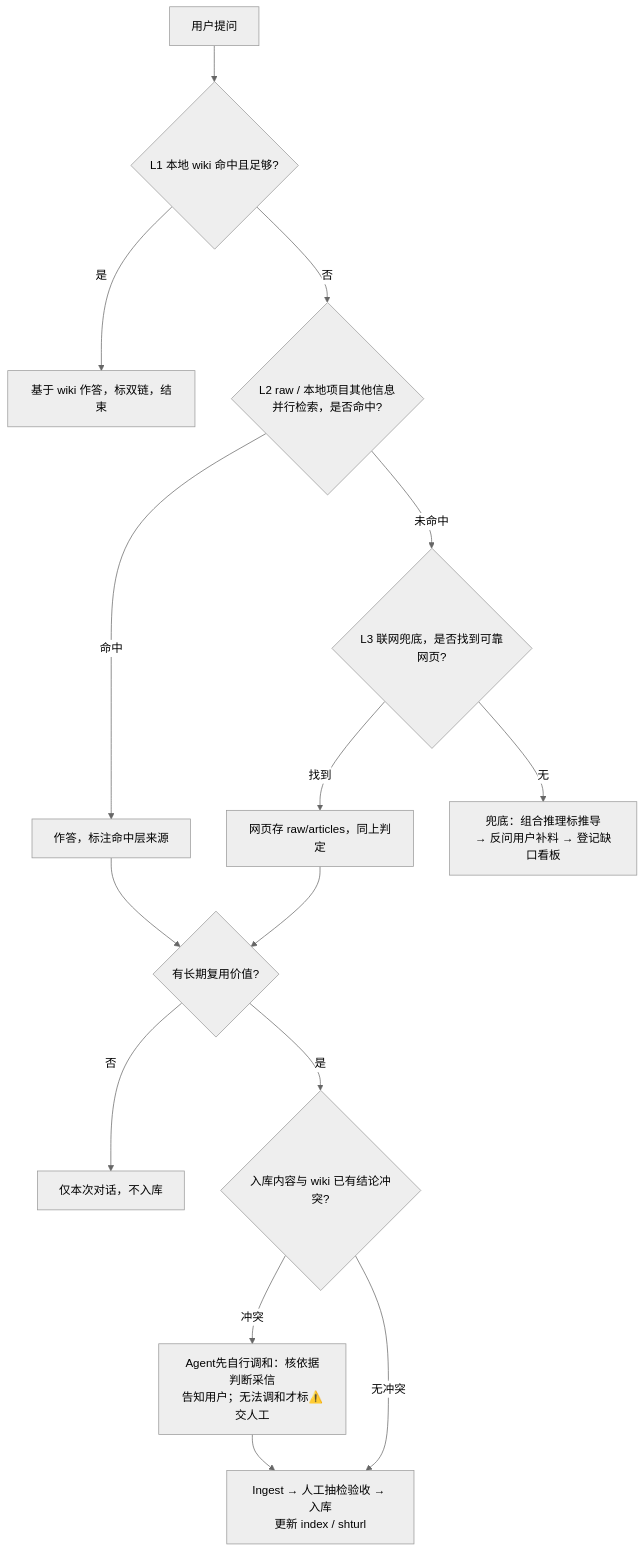
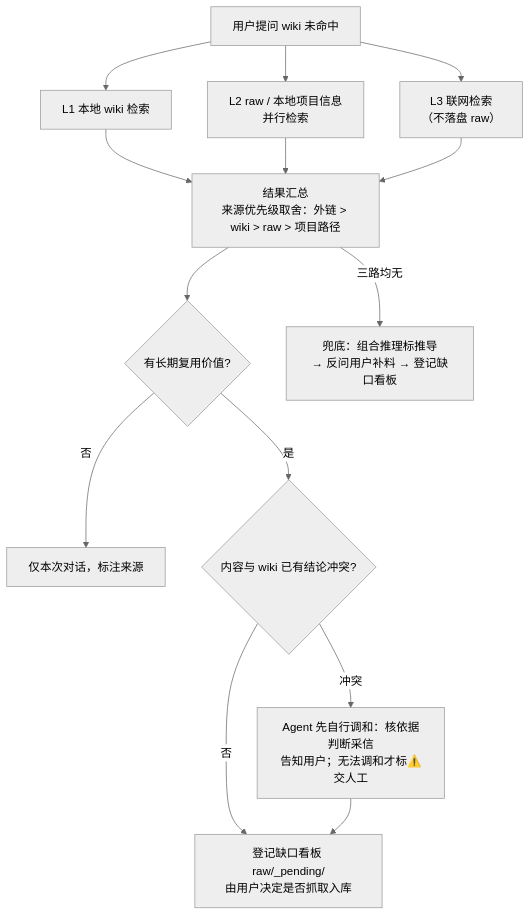
One commit to Topskys/llm-wiki changed the second of 2 diagrams in wiki/concepts/query工作流.md. Above: the diagram before and after it, drawn with Mermaid (neutral theme). The commit also changed other lines of this file and 4 other files, not shown here.

````diff
--- a/wiki/concepts/query工作流.md
+++ b/wiki/concepts/query工作流.md
@@ -47,28 +47,15 @@
 ```mermaid
 flowchart TD
-    U["用户提问"]
-    L1{"L1 本地 wiki 命中且足够?"}
-    L1Y["基于 wiki 作答，标双链，结束"]
-    L2{"L2 raw / 本地项目其他信息<br/>并行检索，是否命中?"}
-    L2Y["作答，标注命中层来源"]
-    V{"有长期复用价值?"}
-    NOW["仅本次对话，不入库"]
-    CONFL{"入库内容与 wiki 已有结论冲突?"}
-    TAG["Agent先自行调和：核依据判断采信<br/>告知用户；无法调和才标⚠️交人工"]
-    GO["Ingest → 人工抽检验收 → 入库<br/>更新 index / shturl"]
-    L3{"L3 联网兜底，是否找到可靠网页?"}
-    WEB["网页存 raw/articles，同上判定"]
-    LAST["兜底：组合推理标推导<br/>→ 反问用户补料 → 登记缺口看板"]
-
-    U --> L1
-    L1 -->|"是"| L1Y
-    L1 -->|"否"| L2
-    L2 -->|"命中"| L2Y --> V
-    L2 -->|"未命中"| L3
-    L3 -->|"找到"| WEB --> V
-    L3 -->|"无"| LAST
-    V -->|"否"| NOW
-    V -->|"是"| CONFL
-    CONFL -->|"冲突"| TAG --> GO
-    CONFL -->|"无冲突"| GO
+    U["用户提问 wiki 未命中"]
+    U --> L1 & L2 & L3
+    L1["L1 本地 wiki 检索"] --> M["结果汇总<br/>来源优先级取舍：外链 > wiki > raw > 项目路径"]
+    L2["L2 raw / 本地项目信息<br/>并行检索"] --> M
+    L3["L3 联网检索<br/>（不落盘 raw）"] --> M
+    M --> V{"有长期复用价值?"}
+    V -->|"否"| NOW["仅本次对话，标注来源"]
+    V -->|"是"| REUSE{"内容与 wiki 已有结论冲突?"}
+    REUSE -->|"否"| REG["登记缺口看板 raw/_pending/<br/>由用户决定是否抓取入库"]
+    REUSE -->|"冲突"| TAG["Agent 先自行调和：核依据判断采信<br/>告知用户；无法调和才标⚠️交人工"]
+    TAG --> REG
+    M -->|"三路均无"| LAST["兜底：组合推理标推导<br/>→ 反问用户补料 → 登记缺口看板"]
 ```
````
